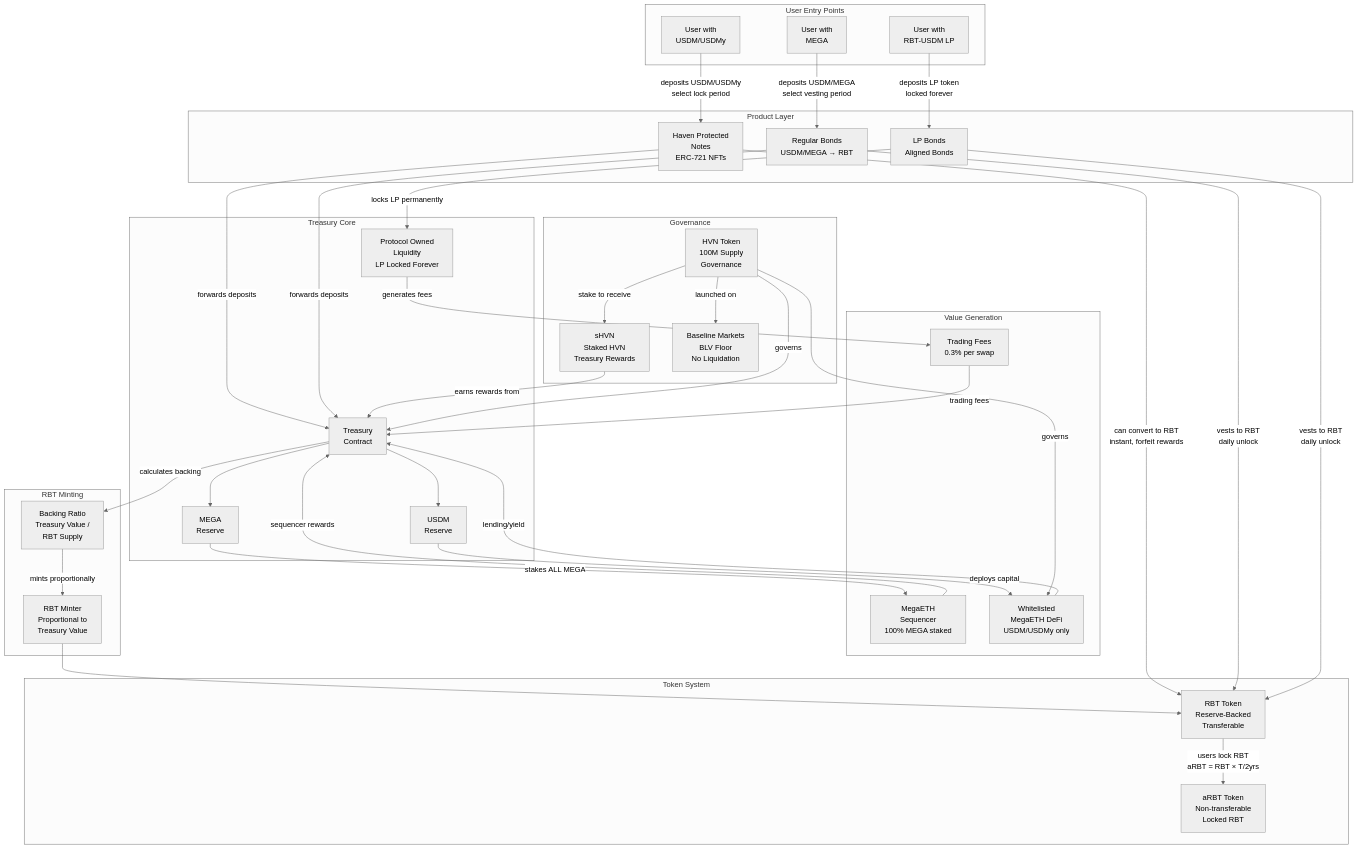
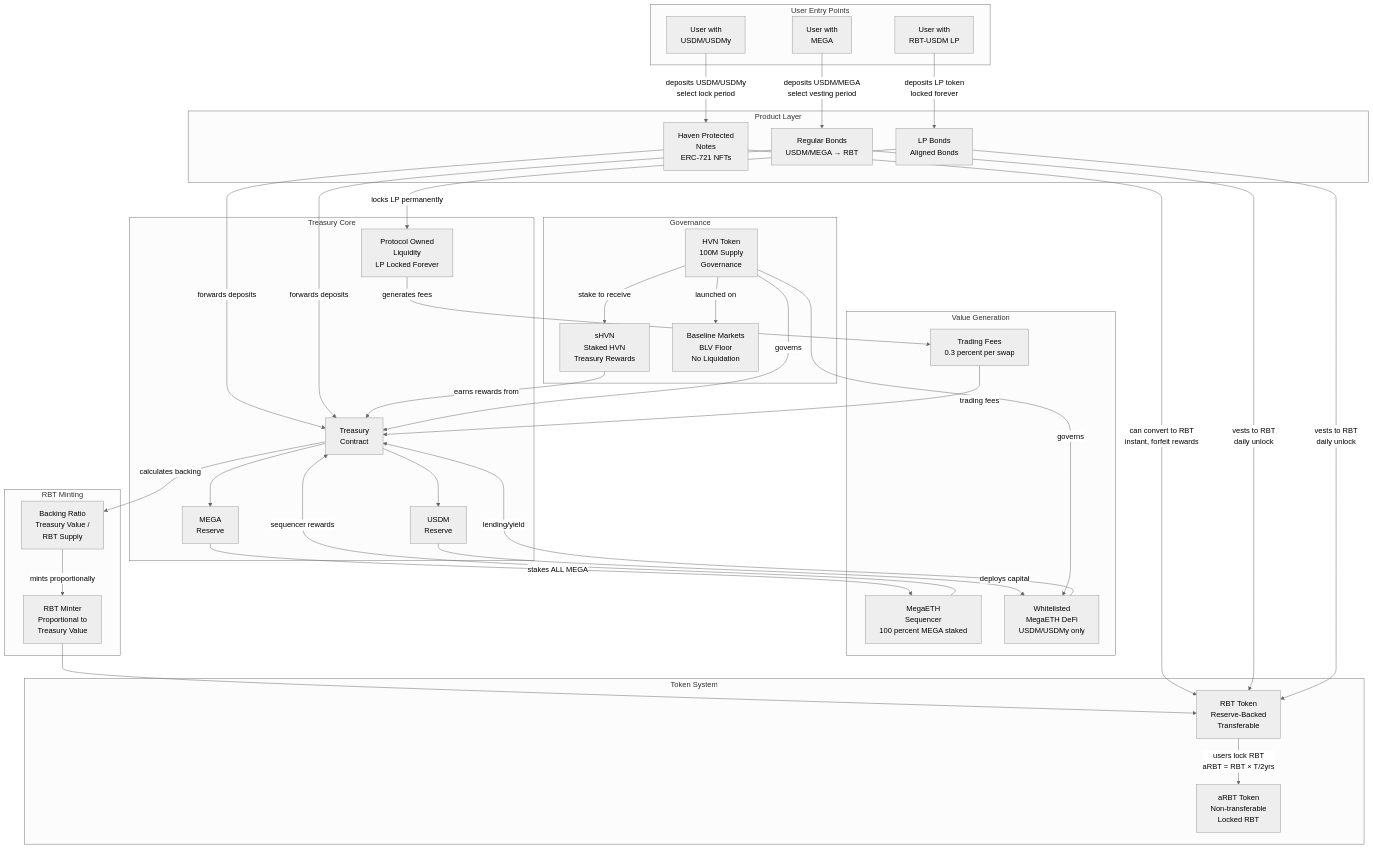
One commit to 0xJaehaerys/ohmega changed the first of 6 diagrams in blackhaven-architecture-diagrams.md. Above: the diagram before and after it, drawn with Mermaid (neutral theme). The commit also changed other lines of this file, not shown here.

First line of the commit message:
Fix Mermaid syntax: replace % with percent

````diff
--- a/blackhaven-architecture-diagrams.md
+++ b/blackhaven-architecture-diagrams.md
@@ -5,79 +5,79 @@
 ```mermaid
 graph TB
     subgraph "User Entry Points"
         USER1[User with<br/>USDM/USDMy]
         USER2[User with<br/>MEGA]
         USER3[User with<br/>RBT-USDM LP]
     end
     
     subgraph "Product Layer"
         HPN[Haven Protected<br/>Notes<br/>ERC-721 NFTs]
         REGULAR_BONDS[Regular Bonds<br/>USDM/MEGA → RBT]
         LP_BONDS[LP Bonds<br/>Aligned Bonds]
     end
     
     subgraph "Treasury Core"
         TREASURY[Treasury<br/>Contract]
         USDM_RESERVE[USDM<br/>Reserve]
         MEGA_RESERVE[MEGA<br/>Reserve]
         POL[Protocol Owned<br/>Liquidity<br/>LP Locked Forever]
     end
     
     subgraph "Value Generation"
-        SEQUENCER[MegaETH<br/>Sequencer<br/>100% MEGA staked]
+        SEQUENCER[MegaETH<br/>Sequencer<br/>100 percent MEGA staked]
         DEFI_STRAT[Whitelisted<br/>MegaETH DeFi<br/>USDM/USDMy only]
-        POL_FEES[Trading Fees<br/>0.3% per swap]
+        POL_FEES[Trading Fees<br/>0.3 percent per swap]
     end
     
     subgraph "RBT Minting"
         RBT_MINTER[RBT Minter<br/>Proportional to<br/>Treasury Value]
         BACKING[Backing Ratio<br/>Treasury Value /<br/>RBT Supply]
     end
     
     subgraph "Token System"
         RBT[RBT Token<br/>Reserve-Backed<br/>Transferable]
         ARBT[aRBT Token<br/>Non-transferable<br/>Locked RBT]
     end
     
     subgraph "Governance"
         HVN[HVN Token<br/>100M Supply<br/>Governance]
         SHVN[sHVN<br/>Staked HVN<br/>Treasury Rewards]
         BASELINE[Baseline Markets<br/>BLV Floor<br/>No Liquidation]
     end
     
     USER1 -->|deposits USDM/USDMy<br/>select lock period| HPN
     USER2 -->|deposits USDM/MEGA<br/>select vesting period| REGULAR_BONDS
     USER3 -->|deposits LP token<br/>locked forever| LP_BONDS
     
     HPN -->|forwards deposits| TREASURY
     REGULAR_BONDS -->|forwards deposits| TREASURY
     LP_BONDS -->|locks LP permanently| POL
     
     TREASURY --> USDM_RESERVE
     TREASURY --> MEGA_RESERVE
     
     USDM_RESERVE -->|deploys capital| DEFI_STRAT
     MEGA_RESERVE -->|stakes ALL MEGA| SEQUENCER
     POL -->|generates fees| POL_FEES
     
     SEQUENCER -->|sequencer rewards| TREASURY
     DEFI_STRAT -->|lending/yield| TREASURY
     POL_FEES -->|trading fees| TREASURY
     
     TREASURY -->|calculates backing| BACKING
     BACKING -->|mints proportionally| RBT_MINTER
     RBT_MINTER --> RBT
     
     RBT -->|users lock RBT<br/>aRBT = RBT × T/2yrs| ARBT
     
     HPN -->|can convert to RBT<br/>instant, forfeit rewards| RBT
     REGULAR_BONDS -->|vests to RBT<br/>daily unlock| RBT
     LP_BONDS -->|vests to RBT<br/>daily unlock| RBT
     
     HVN -->|launched on| BASELINE
     HVN -->|stake to receive| SHVN
     SHVN -->|earns rewards from| TREASURY
     
     HVN -->|governs| TREASURY
     HVN -->|governs| DEFI_STRAT
 ```
````
